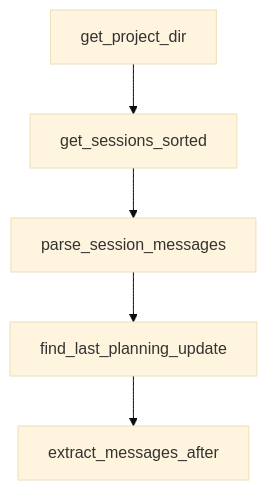
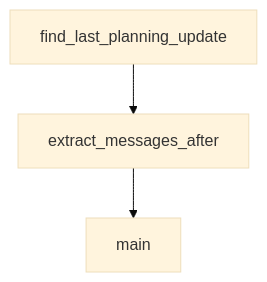
One commit to johnxie/awesome-code-docs changed the diagram in tutorials/planning-with-files-tutorial/06-multi-ide-adaptation-codex-gemini-opencode-cursor.md. Above: the diagram before and after it, drawn with Mermaid (base theme). The commit also changed other lines of this file and 1232 other files, not shown here.

````diff
--- a/tutorials/planning-with-files-tutorial/06-multi-ide-adaptation-codex-gemini-opencode-cursor.md
+++ b/tutorials/planning-with-files-tutorial/06-multi-ide-adaptation-codex-gemini-opencode-cursor.md
@@ -213,12 +170,8 @@
 ```mermaid
 flowchart TD
-    A[get_project_dir]
-    B[get_sessions_sorted]
-    C[parse_session_messages]
-    D[find_last_planning_update]
-    E[extract_messages_after]
+    A[find_last_planning_update]
+    B[extract_messages_after]
+    C[main]
     A --> B
     B --> C
-    C --> D
-    D --> E
 ```
````
